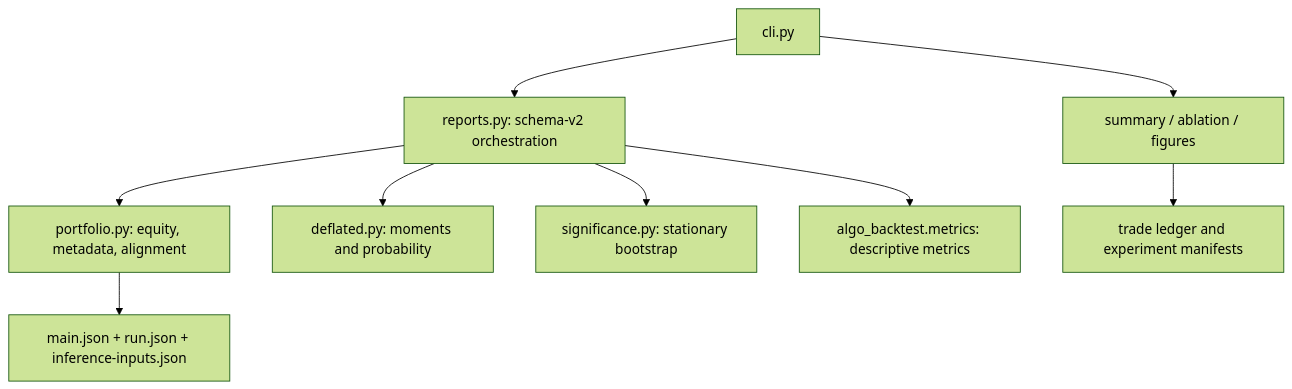
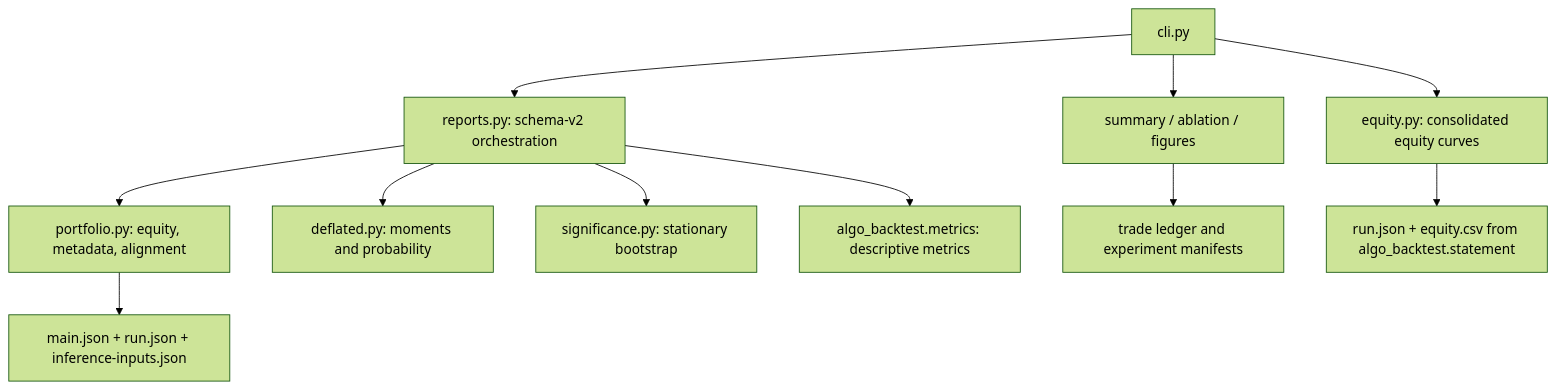
One commit to wbsouza/mba-icmc changed the diagram in algo-suite/algo-analyze/SPEC.md. Above: the diagram before and after it, drawn with Mermaid (forest theme). The commit also changed other lines of this file and 12 other files, not shown here.

````diff
--- a/algo-suite/algo-analyze/SPEC.md
+++ b/algo-suite/algo-analyze/SPEC.md
@@ -32,11 +33,13 @@
 ```mermaid
 flowchart TD
     CLI[cli.py] --> Reports[reports.py: schema-v2 orchestration]
     Reports --> Portfolio[portfolio.py: equity, metadata, alignment]
     Reports --> DSR[deflated.py: moments and probability]
     Reports --> Bootstrap[significance.py: stationary bootstrap]
     Reports --> Metrics[algo_backtest.metrics: descriptive metrics]
     Portfolio --> Engine[main.json + run.json + inference-inputs.json]
     CLI --> Descriptive[summary / ablation / figures]
     Descriptive --> Ledger[trade ledger and experiment manifests]
+    CLI --> Equity[equity.py: consolidated equity curves]
+    Equity --> Statement[run.json + equity.csv from algo_backtest.statement]
 ```
````
